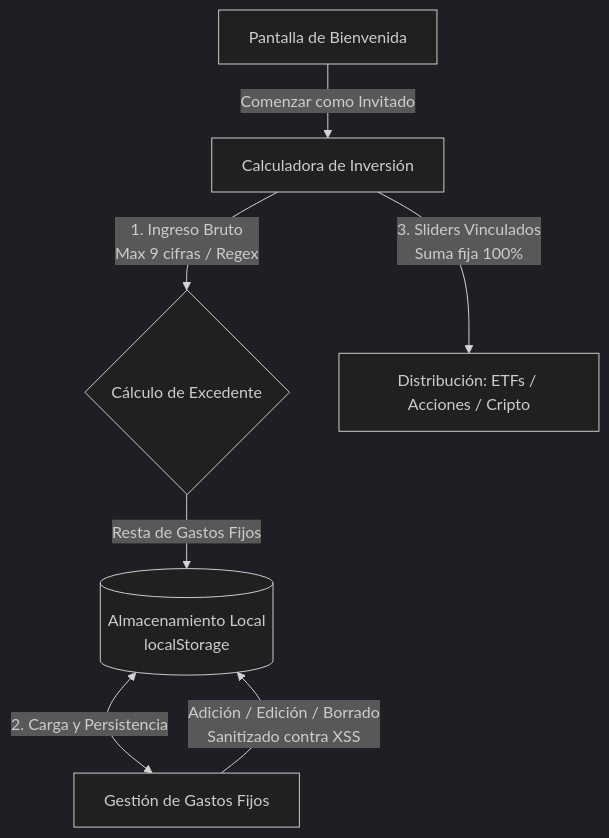
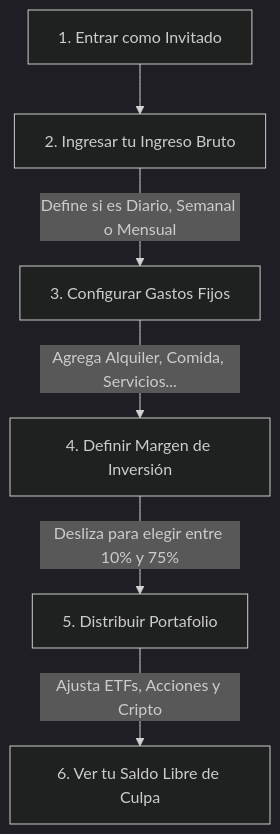
Before and after one commit to forod/money-to-invest: the diagram in README.md, drawn with Mermaid (dark theme). The commit also changed other lines of this file, not shown here.

````diff
--- a/README.md
+++ b/README.md
@@ -11,10 +11,8 @@
 ```mermaid
 graph TD
-    A[Pantalla de Bienvenida] -->|Comenzar como Invitado| B[Calculadora de Inversión]
-    B -->|1. Ingreso Bruto <br> Max 9 cifras / Regex| C{Cálculo de Excedente}
-    B -->|3. Sliders Vinculados <br> Suma fija 100%| D[Distribución: ETFs / Acciones / Cripto]
-    
-    C -->|Resta de Gastos Fijos| E[(Almacenamiento Local <br> localStorage)]
-    E <-->|2. Carga y Persistencia| F[Gestión de Gastos Fijos]
-    F -->|Adición / Edición / Borrado <br> Sanitizado contra XSS| E
+    A[1. Entrar como Invitado] --> B[2. Ingresar tu Ingreso Bruto]
+    B -->|Define si es Diario, Semanal o Mensual| C[3. Configurar Gastos Fijos]
+    C -->|Agrega Alquiler, Comida, Servicios...| D[4. Definir Margen de Inversión]
+    D -->|Desliza para elegir entre 10% y 75%| E[5. Distribuir Portafolio]
+    E -->|Ajusta ETFs, Acciones y Cripto| F[6. Ver tu Saldo Libre de Culpa]
 ```
````
